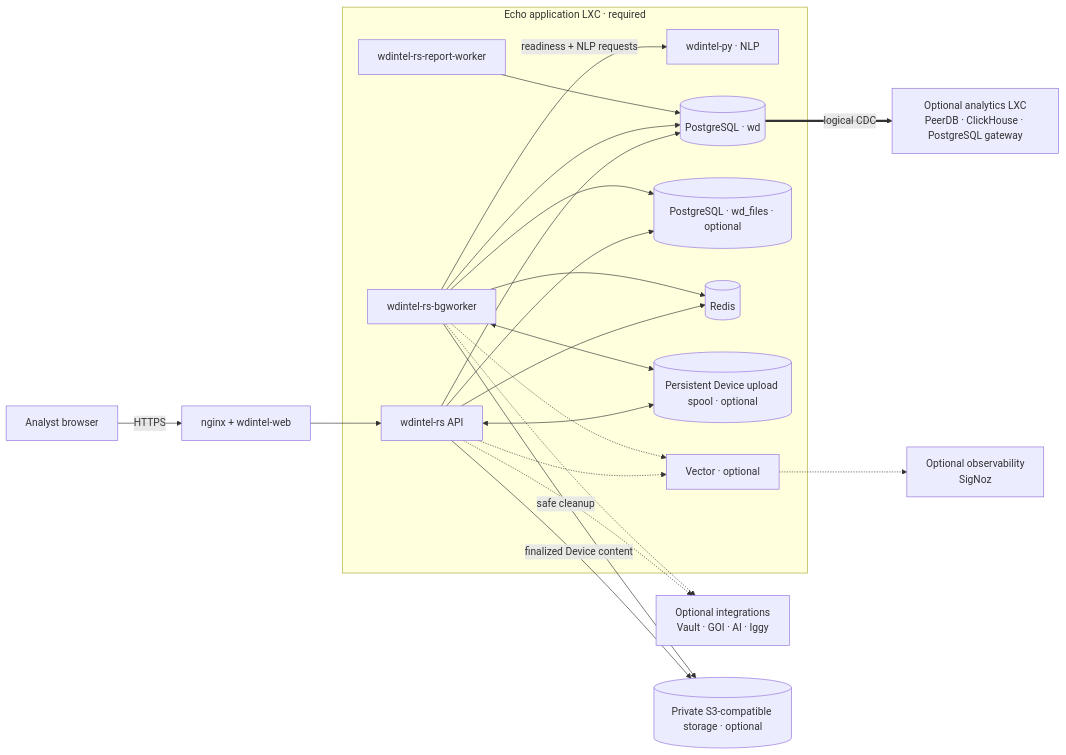
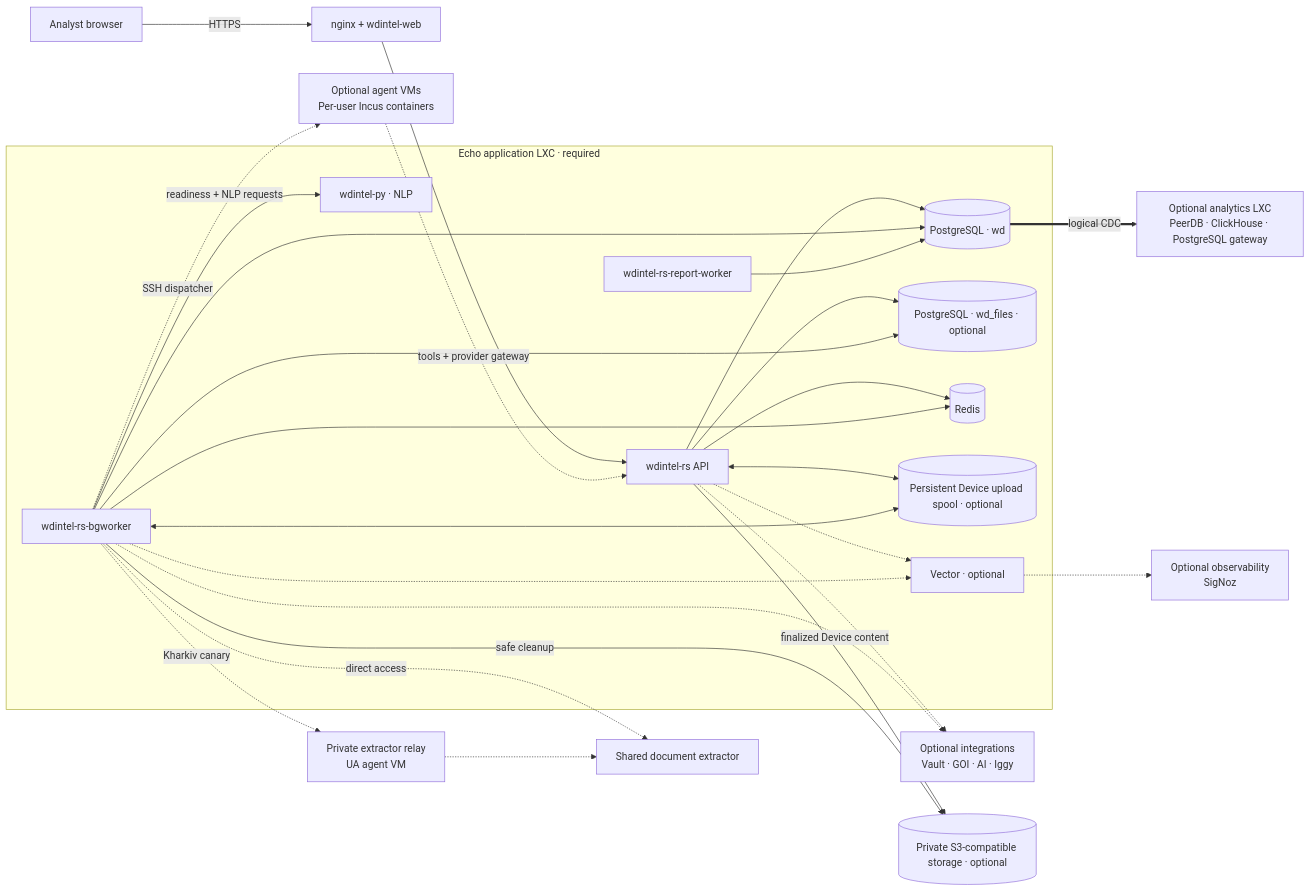
One commit to murczyk/echo changed the diagram in docs/README.md. Above: the diagram before and after it, drawn with Mermaid. The commit also changed other lines of this file, not shown here.

Commit message:
docs(echo-3724): documented agent and extractor topology

````diff
--- a/docs/README.md
+++ b/docs/README.md
@@ -21,37 +21,42 @@
 ```mermaid
 flowchart LR
     browser["Analyst browser"] -->|HTTPS| web["nginx + wdintel-web"]
     web --> api["wdintel-rs API"]
 
     subgraph echo_lxc["Echo application LXC · required"]
         api
         bg["wdintel-rs-bgworker"]
         reports["wdintel-rs-report-worker"]
         nlp["wdintel-py · NLP"]
         postgres[("PostgreSQL · wd")]
         files[("PostgreSQL · wd_files · optional")]
         redis[("Redis")]
         spool[("Persistent Device upload spool · optional")]
         vector["Vector · optional"]
 
         api --> postgres
         api --> files
         api <--> spool
         bg --> postgres
         bg --> files
         bg <--> spool
         bg -->|readiness + NLP requests| nlp
         reports --> postgres
         api --> redis
         bg --> redis
         api -.-> vector
         bg -.-> vector
     end
 
     api -.-> integrations["Optional integrations\nVault · GOI · AI · Iggy"]
     bg -.-> integrations
+    bg -.->|SSH dispatcher| agents["Optional agent VMs\nPer-user Incus containers"]
+    agents -.->|tools + provider gateway| api
+    bg -.->|Kharkiv canary| relay["Private extractor relay\nUA agent VM"]
+    relay -.-> extractor["Shared document extractor"]
+    bg -.->|direct access| extractor
     api -->|finalized Device content| object_storage[("Private S3-compatible storage · optional")]
     bg -->|safe cleanup| object_storage
     postgres ==>|logical CDC| analytics["Optional analytics LXC\nPeerDB · ClickHouse · PostgreSQL gateway"]
     vector -.-> observability["Optional observability\nSigNoz"]
 ```
````
